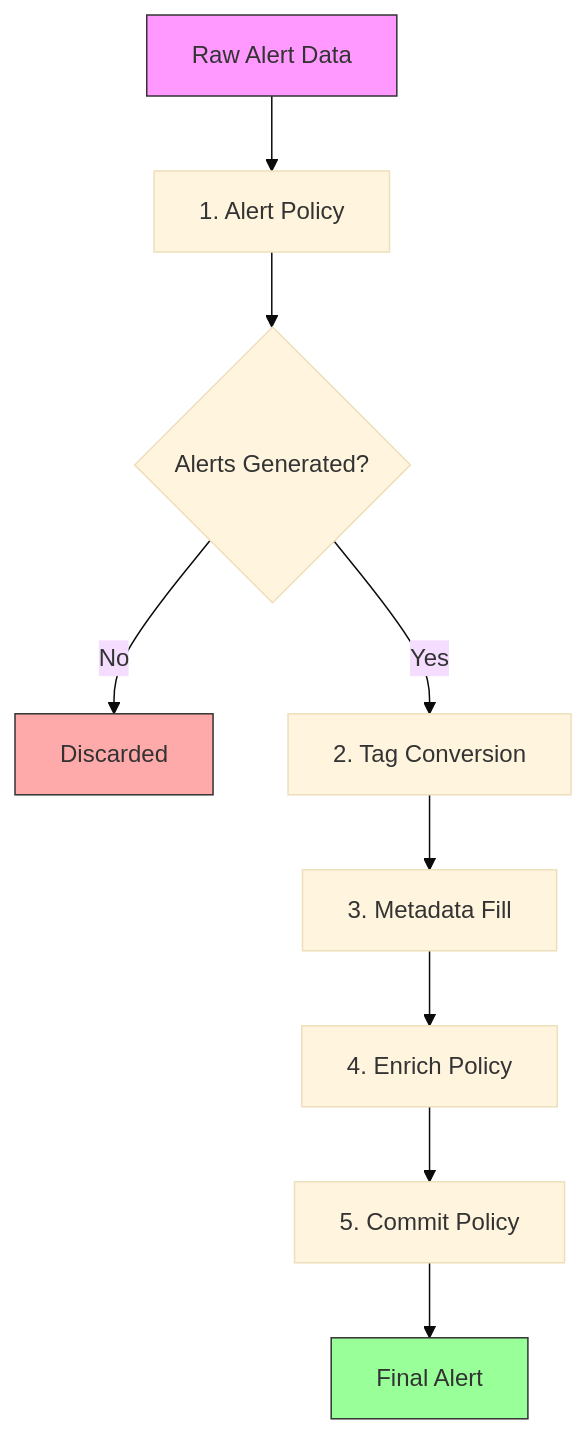
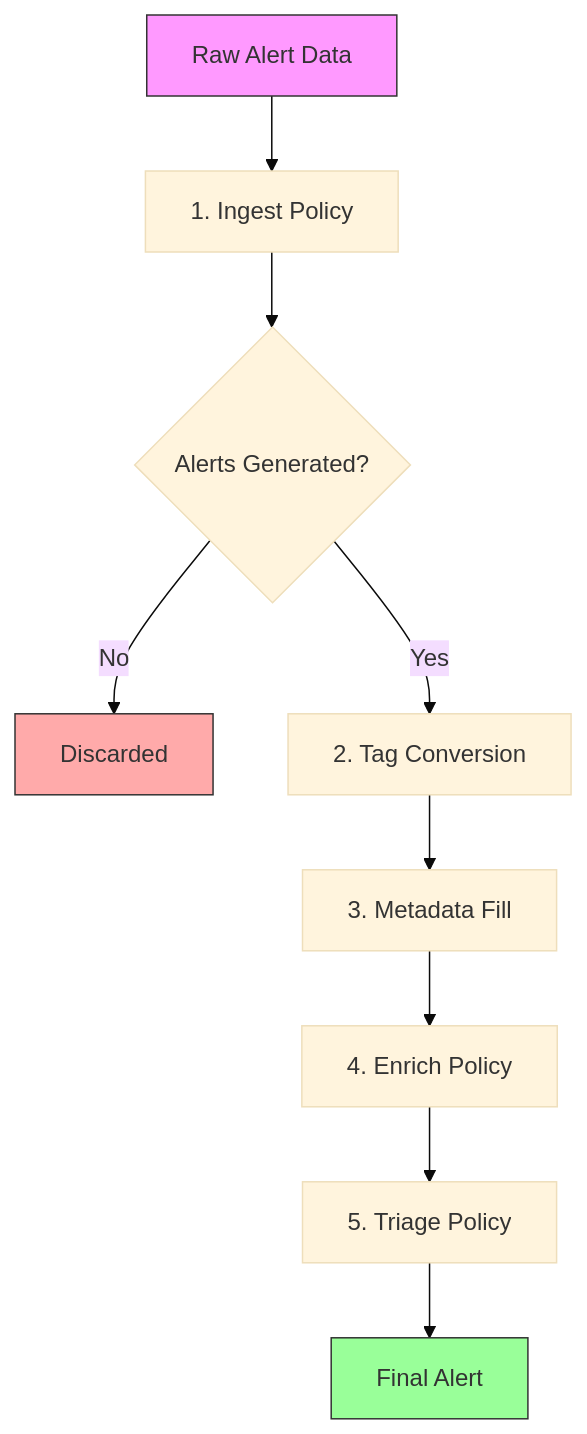
Before and after one commit to secmon-lab/warren: the second of 4 diagrams in doc/model.md, drawn with Mermaid (base theme). The commit also changed other lines of this file and 30 other files, not shown here.

Commit message:
feat: rename alert and commit policies to ingest and triage for improved clarity and alignment with industry terminology (#89)

````diff
--- a/doc/model.md
+++ b/doc/model.md
@@ -39,15 +39,15 @@
 ```mermaid
 flowchart TD
-    A[Raw Alert Data] --> B[1. Alert Policy]
+    A[Raw Alert Data] --> B[1. Ingest Policy]
     B --> C{Alerts Generated?}
     C -->|No| Z[Discarded]
     C -->|Yes| D[2. Tag Conversion]
     D --> E[3. Metadata Fill]
     E --> F[4. Enrich Policy]
-    F --> G[5. Commit Policy]
+    F --> G[5. Triage Policy]
     G --> H[Final Alert]
 
     style A fill:#f9f,stroke:#333
     style H fill:#9f9,stroke:#333
     style Z fill:#faa,stroke:#333
 ```
````
